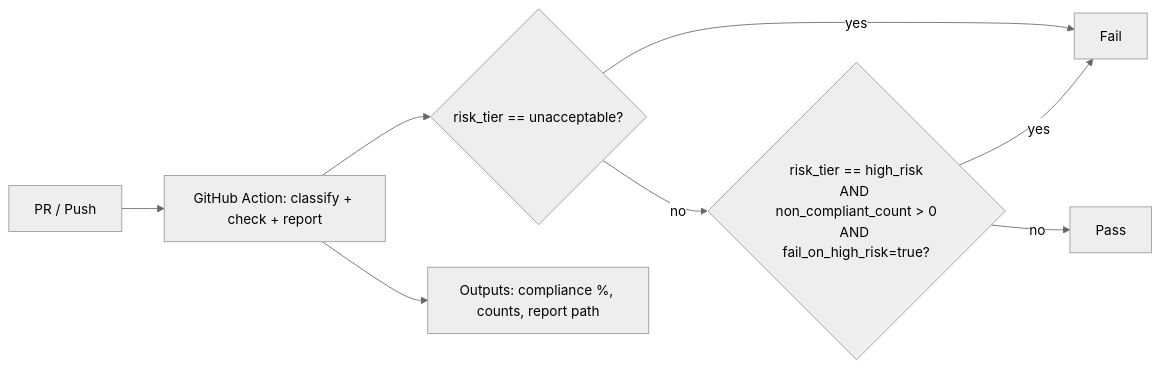
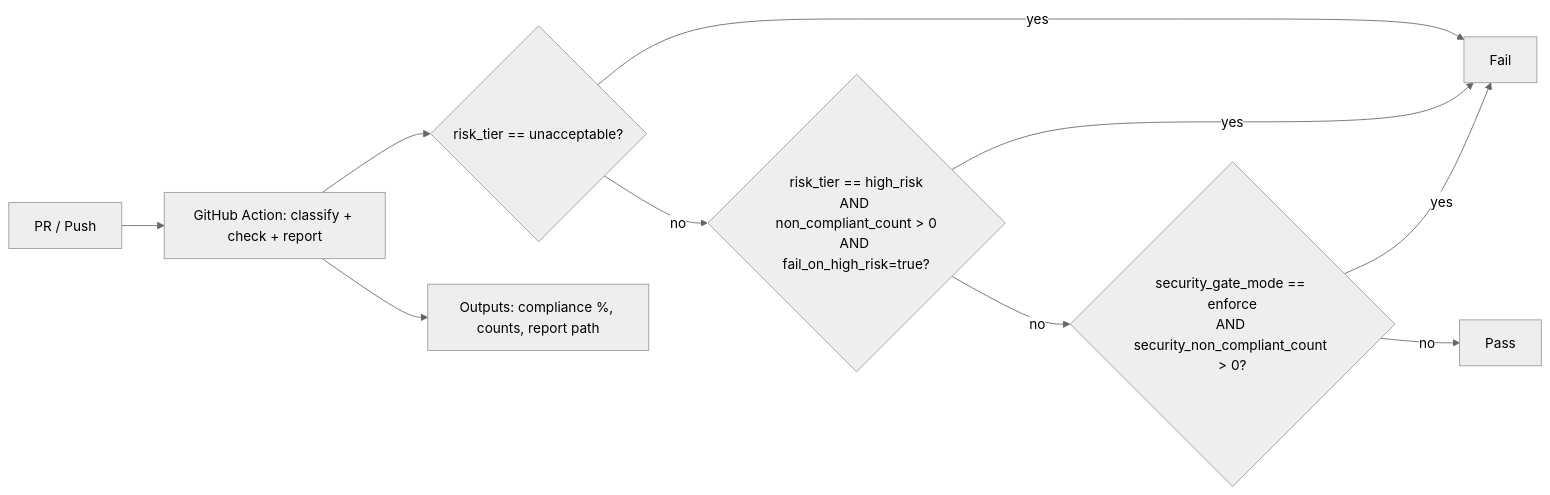
One commit to ogulcanaydogan/eu-ai-act-compliance-kit changed the second of 2 diagrams in README.md. Above: the diagram before and after it, drawn with Mermaid (neutral theme). The commit also changed other lines of this file and 13 other files, not shown here.

Commit message:
feat: add enforceable security gate v1 and release v0.1.16 (#41)

````diff
--- a/README.md
+++ b/README.md
@@ -41,10 +41,12 @@
 ```mermaid
 flowchart LR
     A["PR / Push"] --> B["GitHub Action: classify + check + report"]
     B --> C{"risk_tier == unacceptable?"}
     C -- "yes" --> Z["Fail"]
     C -- "no" --> D{"risk_tier == high_risk\nAND non_compliant_count > 0\nAND fail_on_high_risk=true?"}
     D -- "yes" --> Z
-    D -- "no" --> E["Pass"]
+    D -- "no" --> S{"security_gate_mode == enforce\nAND security_non_compliant_count > 0?"}
+    S -- "yes" --> Z
+    S -- "no" --> E["Pass"]
     B --> F["Outputs: compliance %, counts, report path"]
 ```
````
